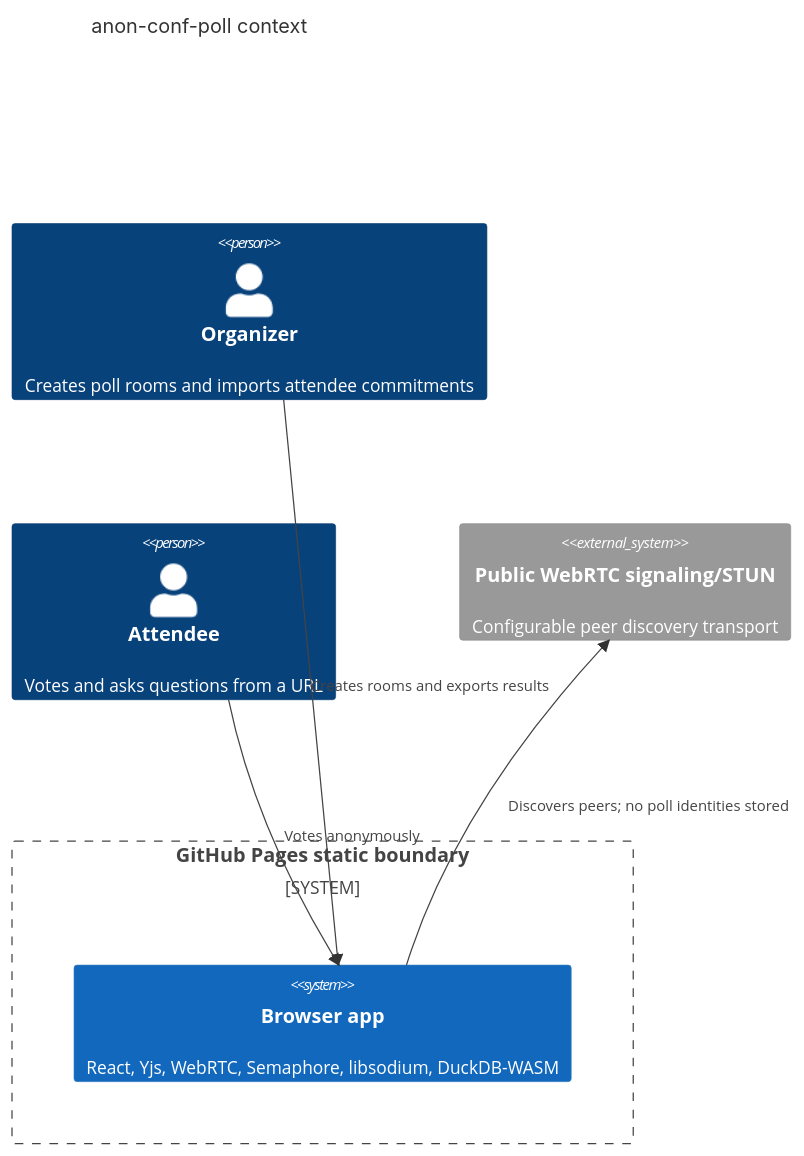
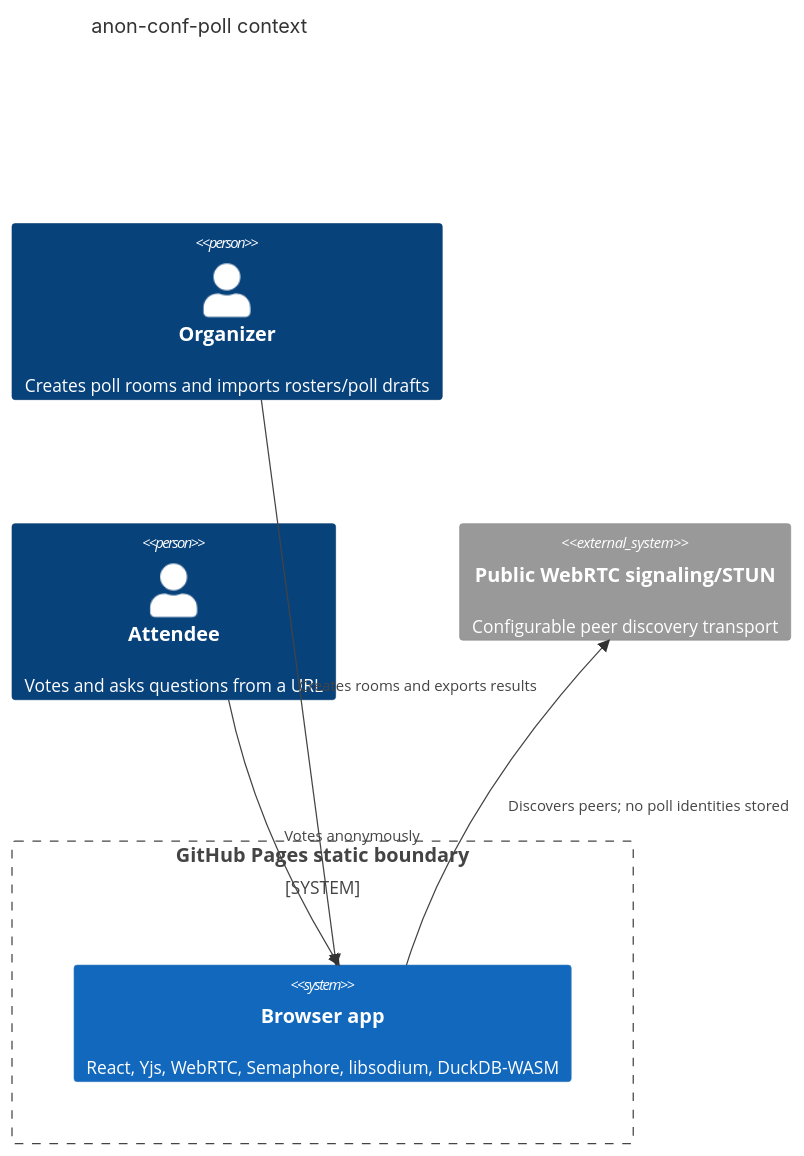
One commit to baditaflorin/anon-conf-poll changed the diagram in README.md. Above: the diagram before and after it, drawn with Mermaid. The commit also changed other lines of this file and 8 other files, not shown here.

````diff
--- a/README.md
+++ b/README.md
@@ -29,13 +29,13 @@
 ```mermaid
 C4Context
     title anon-conf-poll context
-    Person(organizer, "Organizer", "Creates poll rooms and imports attendee commitments")
+    Person(organizer, "Organizer", "Creates poll rooms and imports rosters/poll drafts")
     Person(attendee, "Attendee", "Votes and asks questions from a URL")
     System_Boundary(pages, "GitHub Pages static boundary") {
       System(app, "Browser app", "React, Yjs, WebRTC, Semaphore, libsodium, DuckDB-WASM")
     }
     System_Ext(stun, "Public WebRTC signaling/STUN", "Configurable peer discovery transport")
     Rel(organizer, app, "Creates rooms and exports results")
     Rel(attendee, app, "Votes anonymously")
     Rel(app, stun, "Discovers peers; no poll identities stored")
 ```
````
